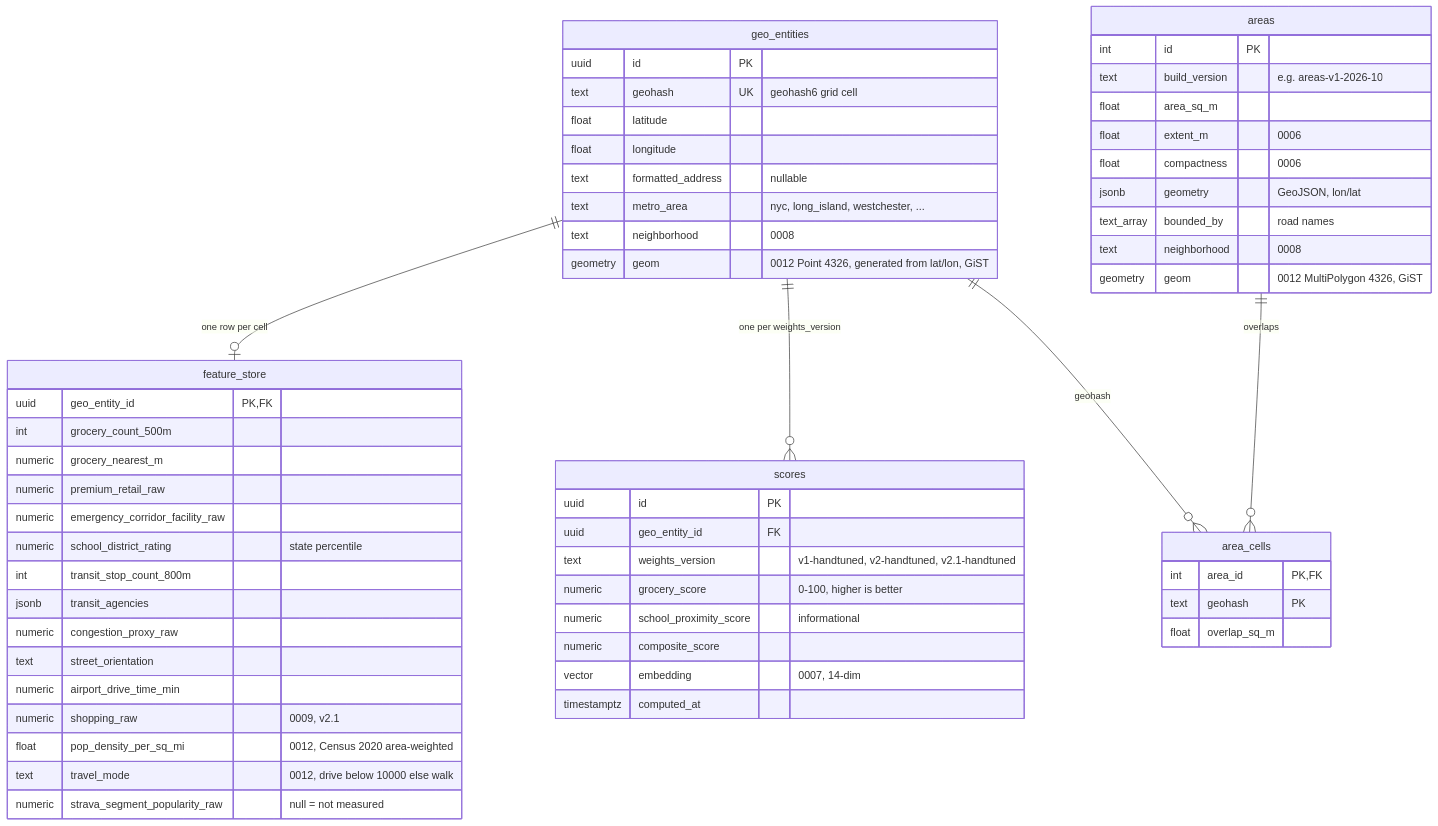
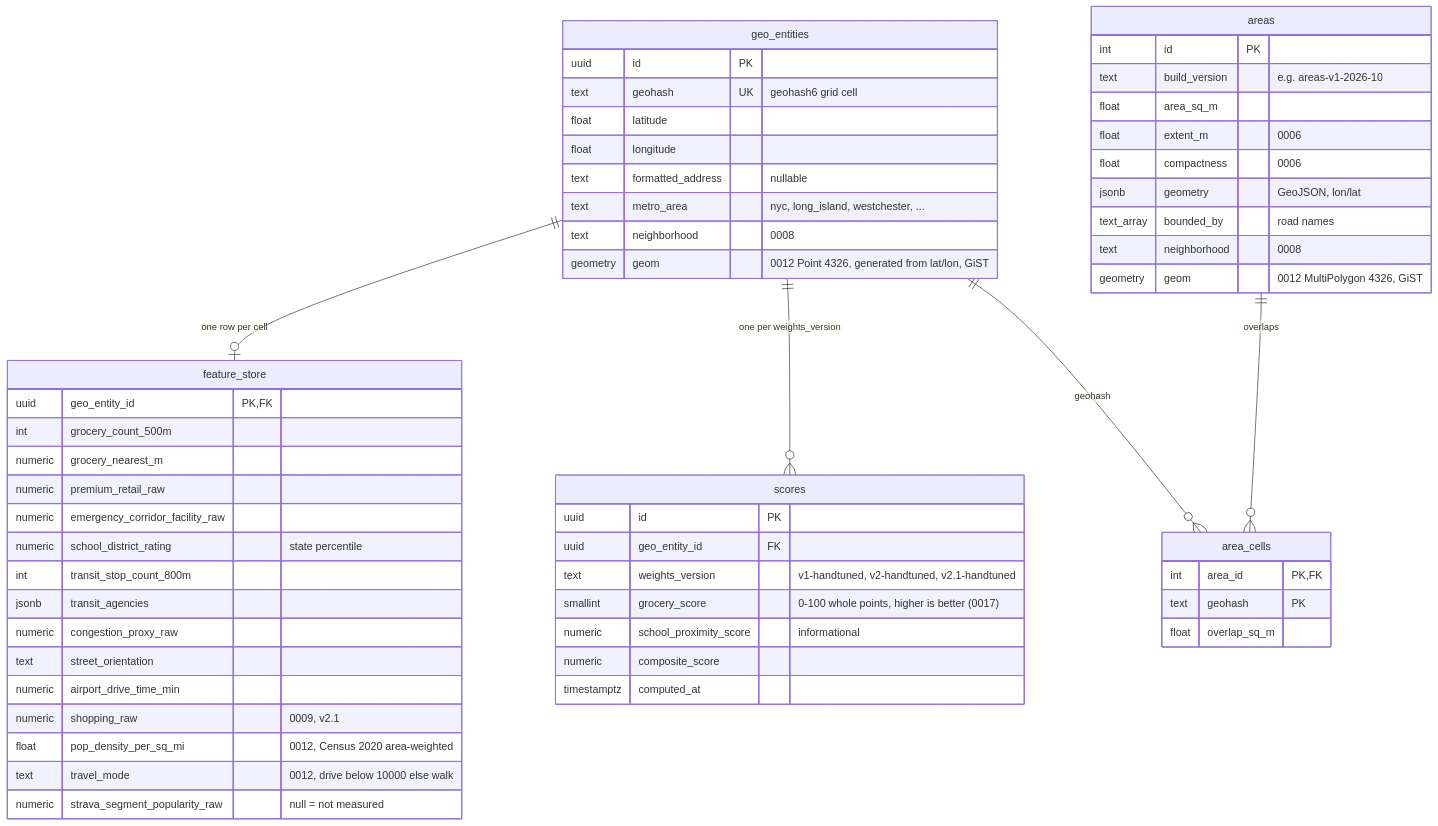
The third of 4 diagrams in docs/ARCHITECTURE.md (prajeshgpat/BenriSpace), drawn with Mermaid before and after one commit. The commit also changed other lines of this file and 11 other files, not shown here.

````diff
--- a/docs/ARCHITECTURE.md
+++ b/docs/ARCHITECTURE.md
@@ -210,61 +210,60 @@
 ```mermaid
 erDiagram
   geo_entities ||--o| feature_store : "one row per cell"
   geo_entities ||--o{ scores : "one per weights_version"
   areas ||--o{ area_cells : "overlaps"
   geo_entities ||--o{ area_cells : "geohash"
 
   geo_entities {
     uuid id PK
     text geohash UK "geohash6 grid cell"
     float latitude
     float longitude
     text formatted_address "nullable"
     text metro_area "nyc, long_island, westchester, ..."
     text neighborhood "0008"
     geometry geom "0012 Point 4326, generated from lat/lon, GiST"
   }
   feature_store {
     uuid geo_entity_id PK, FK
     int grocery_count_500m
     numeric grocery_nearest_m
     numeric premium_retail_raw
     numeric emergency_corridor_facility_raw
     numeric school_district_rating "state percentile"
     int transit_stop_count_800m
     jsonb transit_agencies
     numeric congestion_proxy_raw
     text street_orientation
     numeric airport_drive_time_min
     numeric shopping_raw "0009, v2.1"
     float pop_density_per_sq_mi "0012, Census 2020 area-weighted"
     text travel_mode "0012, drive below 10000 else walk"
     numeric strava_segment_popularity_raw "null = not measured"
   }
   scores {
     uuid id PK
     uuid geo_entity_id FK
     text weights_version "v1-handtuned, v2-handtuned, v2.1-handtuned"
-    numeric grocery_score "0-100, higher is better"
+    smallint grocery_score "0-100 whole points, higher is better (0017)"
     numeric school_proximity_score "informational"
     numeric composite_score
-    vector embedding "0007, 14-dim"
     timestamptz computed_at
   }
   areas {
     int id PK
     text build_version "e.g. areas-v1-2026-10"
     float area_sq_m
     float extent_m "0006"
     float compactness "0006"
     jsonb geometry "GeoJSON, lon/lat"
     text_array bounded_by "road names"
     text neighborhood "0008"
     geometry geom "0012 MultiPolygon 4326, GiST"
   }
   area_cells {
     int area_id PK, FK
     text geohash PK
     float overlap_sq_m
   }
 ```
````
